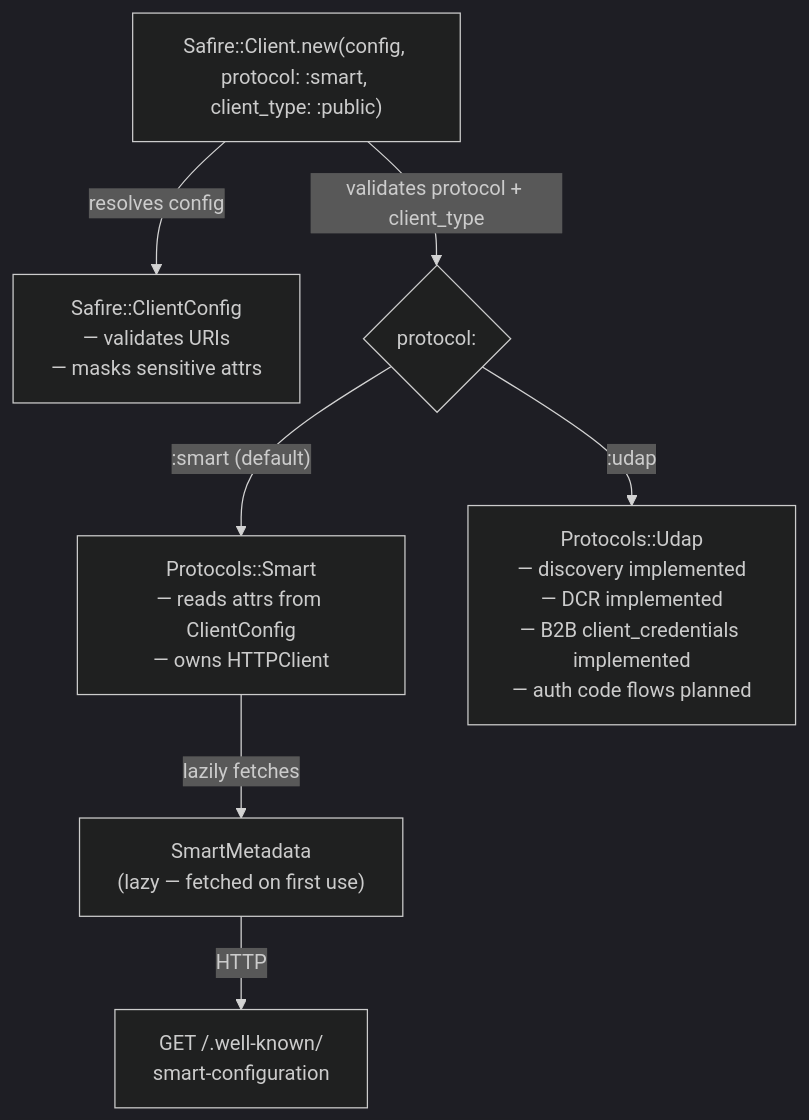
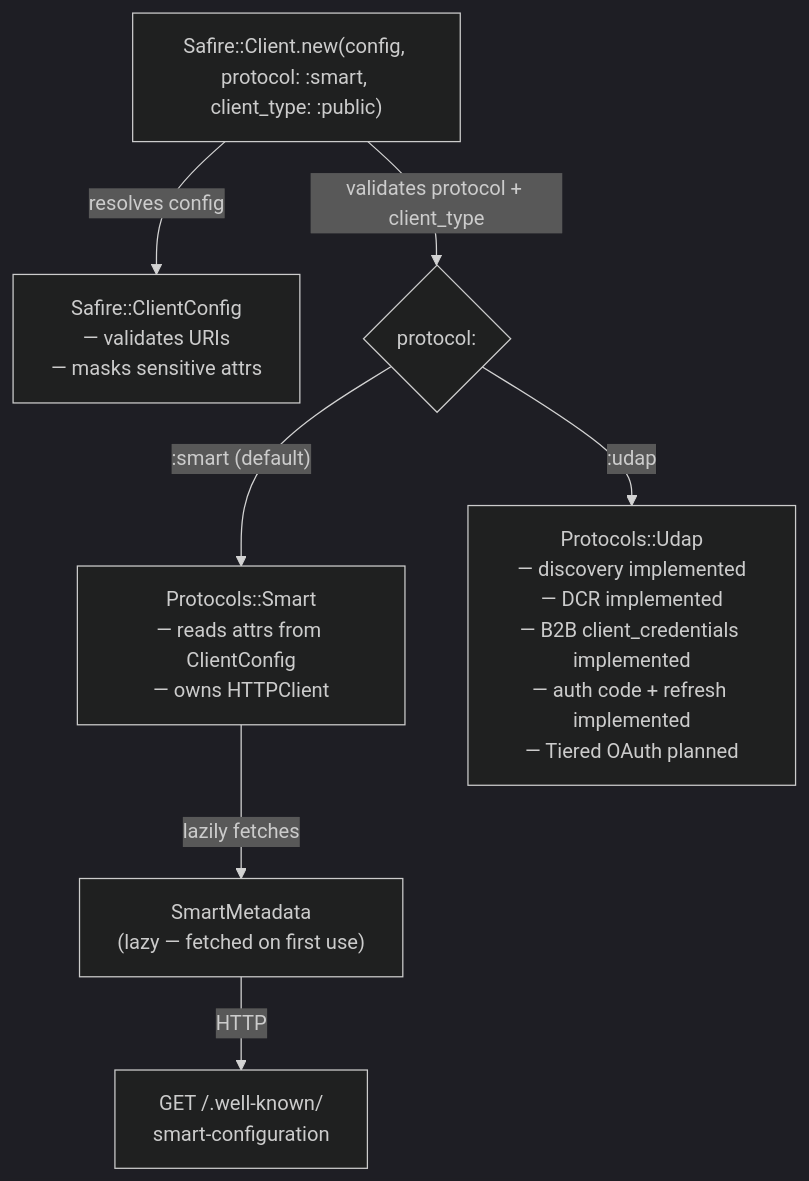
Before and after one commit to vanessuniq/safire: the diagram in docs/configuration/index.md, drawn with Mermaid (dark theme). The commit also changed 10 other files, not shown here.

````diff
--- a/docs/configuration/index.md
+++ b/docs/configuration/index.md
@@ -20,16 +20,16 @@
 ```mermaid
 flowchart TD
     A["Safire::Client.new(config, protocol: :smart, client_type: :public)"]
     B["Safire::ClientConfig\n— validates URIs\n— masks sensitive attrs"]
     C{protocol:}
     D["Protocols::Smart\n— reads attrs from ClientConfig\n— owns HTTPClient"]
     E["SmartMetadata\n(lazy — fetched on first use)"]
     F["GET /.well-known/\nsmart-configuration"]
 
     A -->|"resolves config"| B
     A -->|"validates protocol + client_type"| C
     C -->|":smart (default)"| D
-    C -->|":udap"| G["Protocols::Udap\n— discovery implemented\n— DCR implemented\n— B2B client_credentials implemented\n— auth code flows planned"]
+    C -->|":udap"| G["Protocols::Udap\n— discovery implemented\n— DCR implemented\n— B2B client_credentials implemented\n— auth code + refresh implemented\n— Tiered OAuth planned"]
     D -->|"lazily fetches"| E
     E -->|"HTTP"| F
 ```
````
